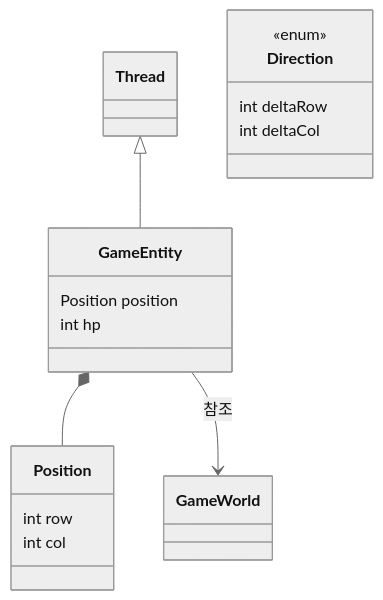
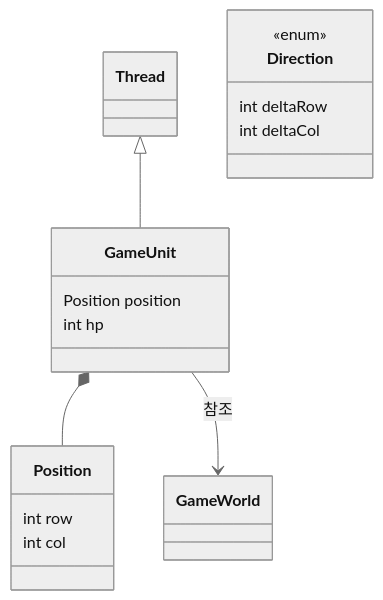
The fifth of 18 diagrams in week6/CLAUDE.md (weweweme/teamnova_basic_class), drawn with Mermaid (neutral theme) before and after one commit. The commit also changed other lines of this file and 3 other files, not shown here.

````diff
--- a/week6/CLAUDE.md
+++ b/week6/CLAUDE.md
@@ -163,20 +173,20 @@
 ```mermaid
 classDiagram
-    Thread <|-- GameEntity
-    GameEntity *-- Position
-    GameEntity --> GameWorld : 참조
+    Thread <|-- GameUnit
+    GameUnit *-- Position
+    GameUnit --> GameWorld : 참조
 
-    class GameEntity {
+    class GameUnit {
         Position position
         int hp
     }
     class Position {
         int row
         int col
     }
     class Direction {
         <<enum>>
         int deltaRow
         int deltaCol
     }
 ```
````
